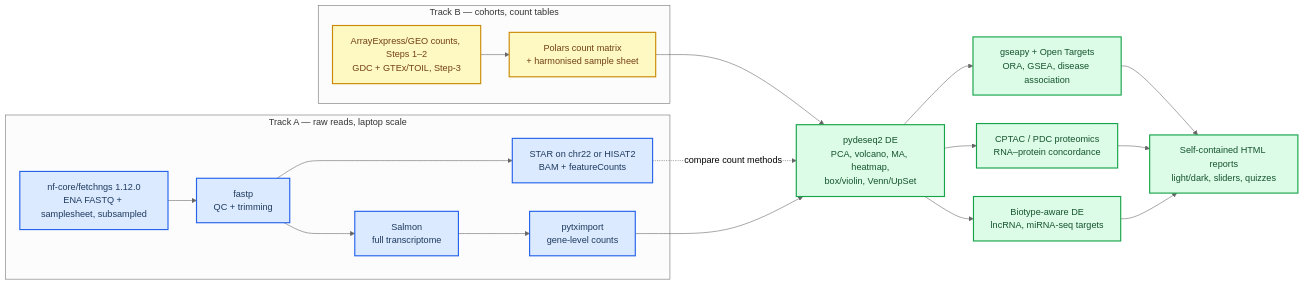
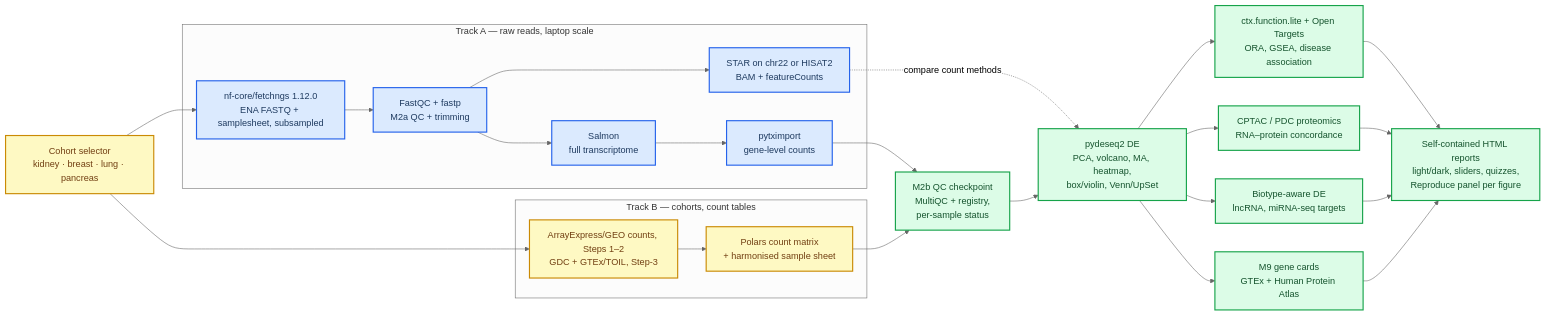
Before and after one commit to Aramburu-Lab/RNAseq_tutorial: the diagram in TODO.md, drawn with Mermaid (neutral theme). The commit also changed other lines of this file and 6 other files, not shown here.

````diff
--- a/TODO.md
+++ b/TODO.md
@@ -29,34 +31,41 @@
 ```mermaid
 flowchart LR
     accTitle: Two-Track Teaching Architecture
-    accDescr: Track A runs the complete read-level pipeline on subsampled FASTQ files so it fits a laptop. Track B uses count tables from immune-cell cohorts and, at Step-3, from TCGA and GTEx, for realistic cohort statistics. Both tracks feed the same differential expression and functional annotation modules; two integration modules compare RNA changes with proteomics and handle non-coding RNAs before reporting.
+    accDescr: A cohort selector (kidney, breast, lung, pancreas) chooses the datasets for both tracks. Track A runs the complete read-level pipeline on subsampled FASTQ files so it fits a laptop. Track B uses count tables from immune-cell cohorts and, at Step-3, from TCGA and GTEx, for realistic cohort statistics. Both tracks pass a QC checkpoint and feed the same differential expression and functional annotation modules; two integration modules compare RNA changes with proteomics and handle non-coding RNAs, and gene cards add GTEx and Human Protein Atlas context for selected genes before reporting.
+
+    cohortsel["Cohort selector<br/>kidney · breast · lung · pancreas"]
 
     subgraph track_a["Track A — raw reads, laptop scale"]
-        fastq["nf-core/fetchngs 1.12.0<br/>ENA FASTQ + samplesheet, subsampled"] --> qc["fastp<br/>QC + trimming"]
+        fastq["nf-core/fetchngs 1.12.0<br/>ENA FASTQ + samplesheet, subsampled"] --> qc["FastQC + fastp<br/>M2a QC + trimming"]
         qc --> align["STAR on chr22 or HISAT2<br/>BAM + featureCounts"]
         qc --> salmon["Salmon<br/>full transcriptome"]
         salmon --> tximport["pytximport<br/>gene-level counts"]
     end
 
     subgraph track_b["Track B — cohorts, count tables"]
         gdc["ArrayExpress/GEO counts, Steps 1–2<br/>GDC + GTEx/TOIL, Step-3"] --> matrix["Polars count matrix<br/>+ harmonised sample sheet"]
     end
 
-    tximport --> de["pydeseq2 DE<br/>PCA, volcano, MA, heatmap,<br/>box/violin, Venn/UpSet"]
-    matrix --> de
+    cohortsel --> fastq
+    cohortsel --> gdc
+    tximport --> qcc["M2b QC checkpoint<br/>MultiQC + registry,<br/>per-sample status"]
+    matrix --> qcc
+    qcc --> de["pydeseq2 DE<br/>PCA, volcano, MA, heatmap,<br/>box/violin, Venn/UpSet"]
     align -.->|"compare count methods"| de
-    de --> func["gseapy + Open Targets<br/>ORA, GSEA, disease association"]
+    de --> func["ctx.function.lite + Open Targets<br/>ORA, GSEA, disease association"]
     de --> prot["CPTAC / PDC proteomics<br/>RNA–protein concordance"]
     de --> ncrna["Biotype-aware DE<br/>lncRNA, miRNA-seq targets"]
-    func --> report["Self-contained HTML reports<br/>light/dark, sliders, quizzes"]
+    func --> report["Self-contained HTML reports<br/>light/dark, sliders, quizzes,<br/>Reproduce panel per figure"]
     prot --> report
     ncrna --> report
+    de --> gene["M9 gene cards<br/>GTEx + Human Protein Atlas"]
+    gene --> report
 
     classDef reads fill:#dbeafe,stroke:#2563eb,stroke-width:2px,color:#1e3a5f
     classDef cohort fill:#fef9c3,stroke:#ca8a04,stroke-width:2px,color:#713f12
     classDef shared fill:#dcfce7,stroke:#16a34a,stroke-width:2px,color:#14532d
 
     class fastq,qc,align,salmon,tximport reads
-    class gdc,matrix cohort
-    class de,func,prot,ncrna,report shared
+    class cohortsel,gdc,matrix cohort
+    class qcc,de,func,prot,ncrna,gene,report shared
 ```
````
